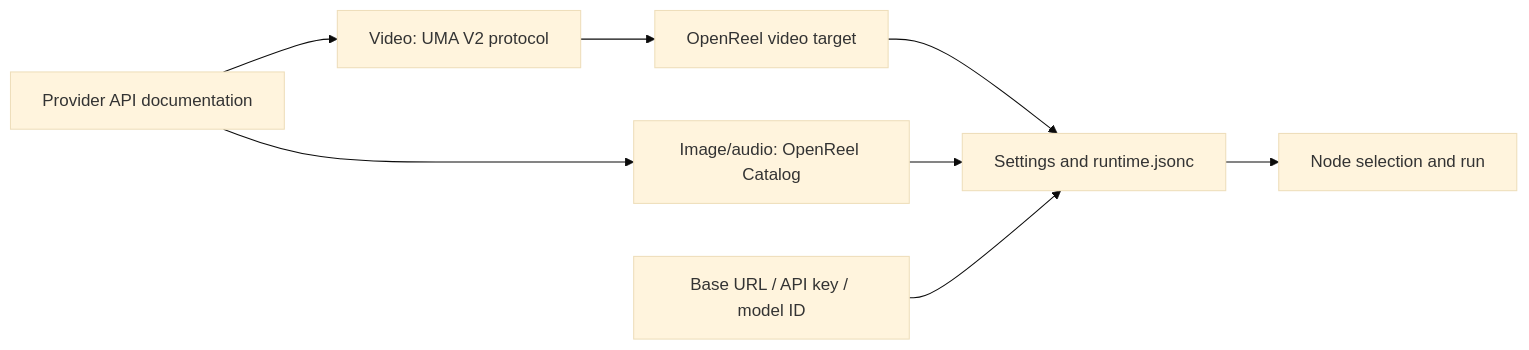
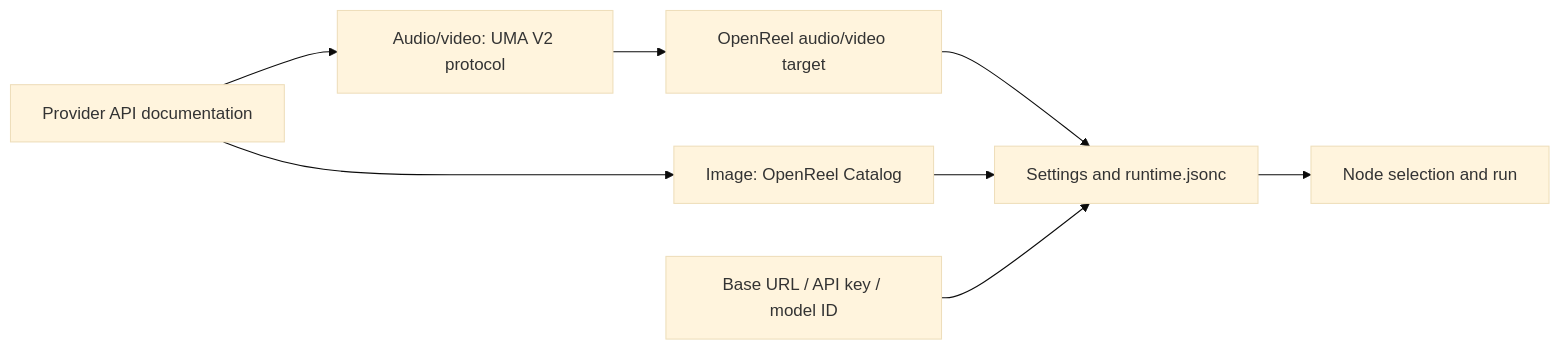
Before and after one commit to yutianxiao6/openreel-studio: the first of 2 diagrams in docs/en/model-providers.md, drawn with Mermaid (base theme). The commit also changed other lines of this file and 31 other files, not shown here.

Commit message:
feat(media): unify audio generation on UMA

````diff
--- a/docs/en/model-providers.md
+++ b/docs/en/model-providers.md
@@ -25,10 +25,10 @@
 ```mermaid
 flowchart LR
-  A[Provider API documentation] --> B[Video: UMA V2 protocol]
-  A --> C[Image/audio: OpenReel Catalog]
-  B --> D[OpenReel video target]
+  A[Provider API documentation] --> B[Audio/video: UMA V2 protocol]
+  A --> C[Image: OpenReel Catalog]
+  B --> D[OpenReel audio/video target]
   D --> E[Settings and runtime.jsonc]
   C --> E
   F[Base URL / API key / model ID] --> E
   E --> G[Node selection and run]
 ```
````
